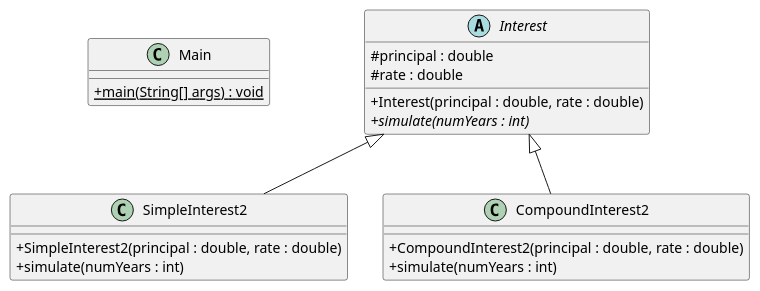
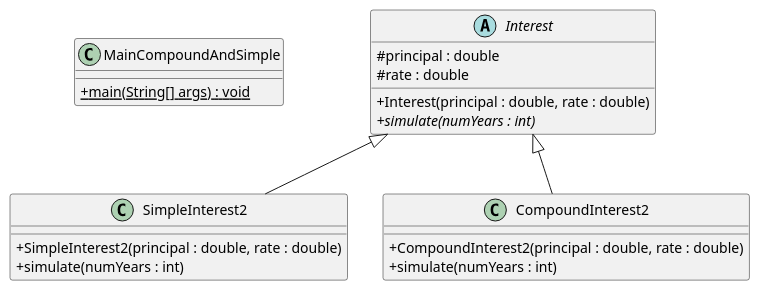
One commit to nilcamprubi/example_interest changed the diagram in src/compound_and_simple2.puml. Above: the diagram before and after it, drawn with PlantUML. The commit also changed 7 other files, not shown here.

Commit message:
diagrames uml + habilitar assercions

```diff
--- a/src/compound_and_simple2.puml
+++ b/src/compound_and_simple2.puml
@@ -1,29 +1,29 @@
 @startuml
 skinparam classAttributeIconSize 0
 ' to use standard notation for public, protected, private
 
-class Main {
+class MainCompoundAndSimple {
 + {static} main(String[] args) : void
 }
 
 abstract class Interest {
 # principal : double
 # rate : double
 + Interest(principal : double, rate : double)
 + {abstract} simulate(numYears : int)
 }
 
 class CompoundInterest2 extends Interest {
 + CompoundInterest2(principal : double, rate : double)
 + simulate(numYears : int)
 }
 
 class SimpleInterest2 extends Interest {
 + SimpleInterest2(principal : double, rate : double)
 + simulate(numYears : int)
 }
 
 ' position classes
-Main -[hidden]down-> SimpleInterest2
+MainCompoundAndSimple -[hidden]down-> SimpleInterest2
 SimpleInterest2 -[hidden]right-> CompoundInterest2
 @enduml
```
